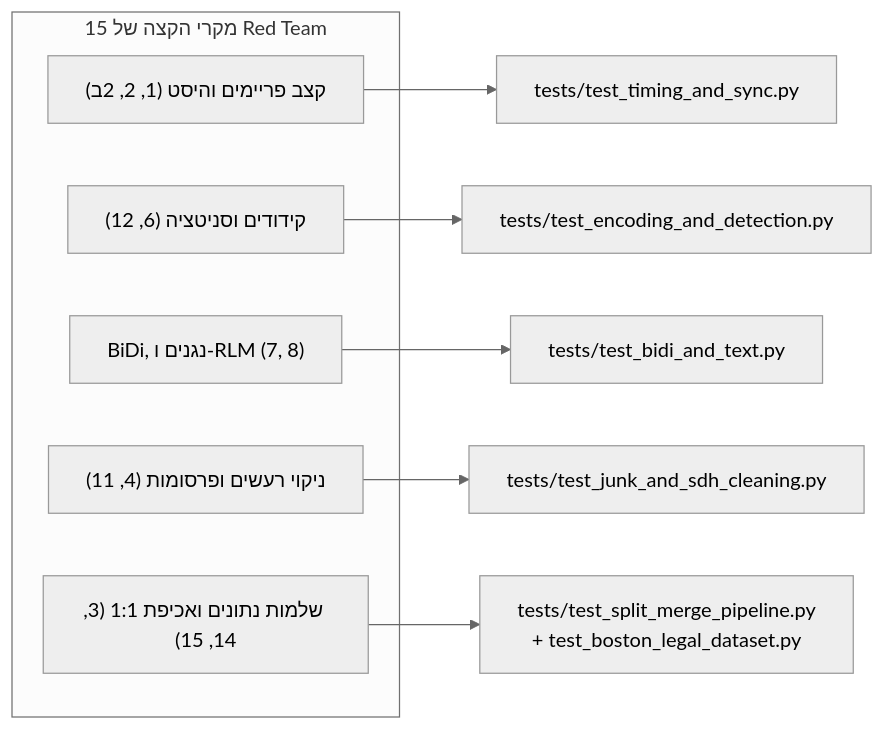
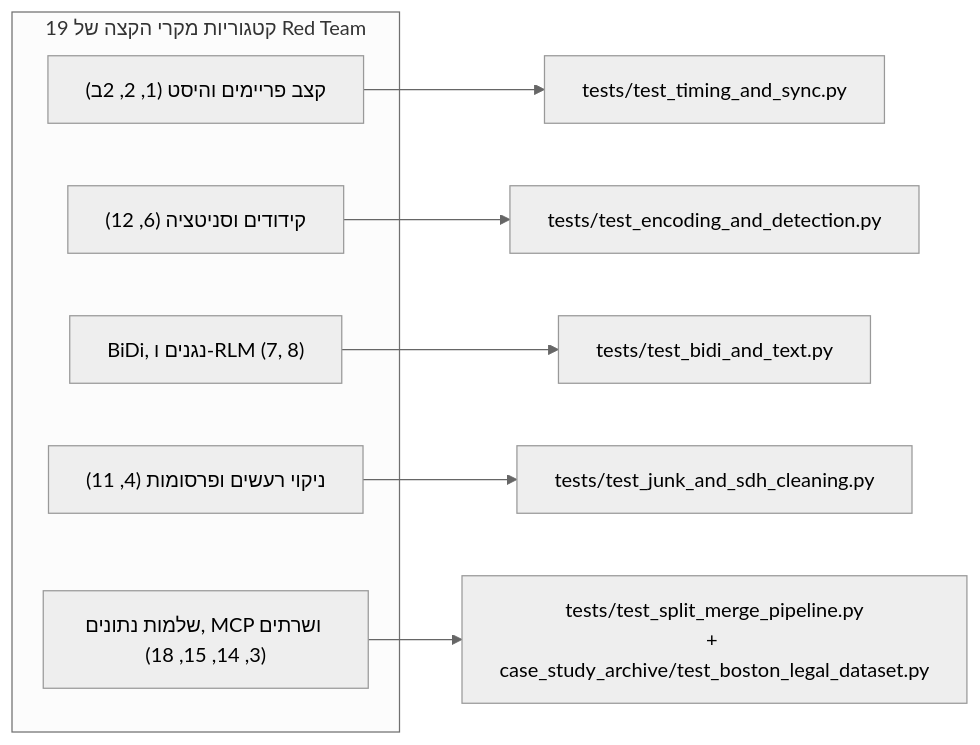
One commit to omerninyo/RightSub changed the second of 2 diagrams in EDGE_CASES_AND_RED_TEAM.md. Above: the diagram before and after it, drawn with Mermaid (neutral theme). The commit also changed other lines of this file and 120 other files, not shown here.

````diff
--- a/EDGE_CASES_AND_RED_TEAM.md
+++ b/EDGE_CASES_AND_RED_TEAM.md
@@ -217,16 +223,16 @@
 ```mermaid
 graph LR
-    subgraph "15 מקרי הקצה של Red Team"
+    subgraph "19 קטגוריות מקרי הקצה של Red Team"
         EC1["קצב פריימים והיסט (1, 2, 2ב)"]
         EC2["קידודים וסניטציה (6, 12)"]
         EC3["BiDi, נגנים ו-RLM (7, 8)"]
         EC4["ניקוי רעשים ופרסומות (4, 11)"]
-        EC5["שלמות נתונים ואכיפת 1:1 (3, 14, 15)"]
+        EC5["שלמות נתונים, MCP ושרתים (3, 14, 15, 18)"]
     end
     
     EC1 --> T_Time["tests/test_timing_and_sync.py"]
     EC2 --> T_Enc["tests/test_encoding_and_detection.py"]
     EC3 --> T_Bidi["tests/test_bidi_and_text.py"]
     EC4 --> T_Junk["tests/test_junk_and_sdh_cleaning.py"]
-    EC5 --> T_Pipe["tests/test_split_merge_pipeline.py\n+ test_boston_legal_dataset.py"]
+    EC5 --> T_Pipe["tests/test_split_merge_pipeline.py\n+ case_study_archive/test_boston_legal_dataset.py"]
 ```
````
